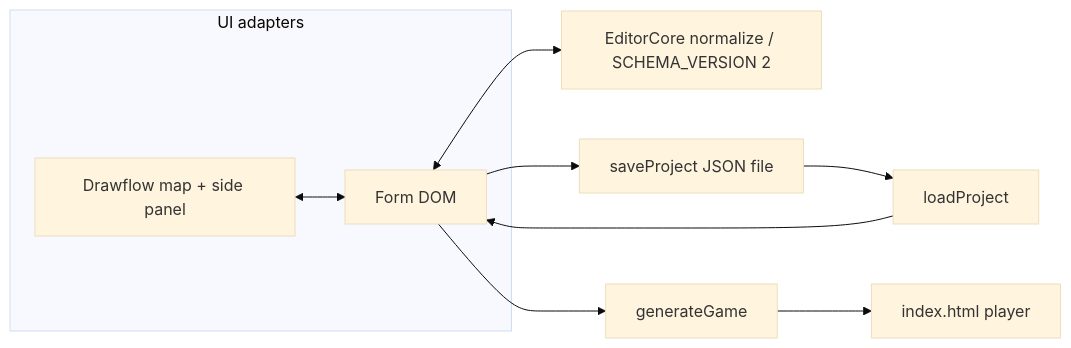
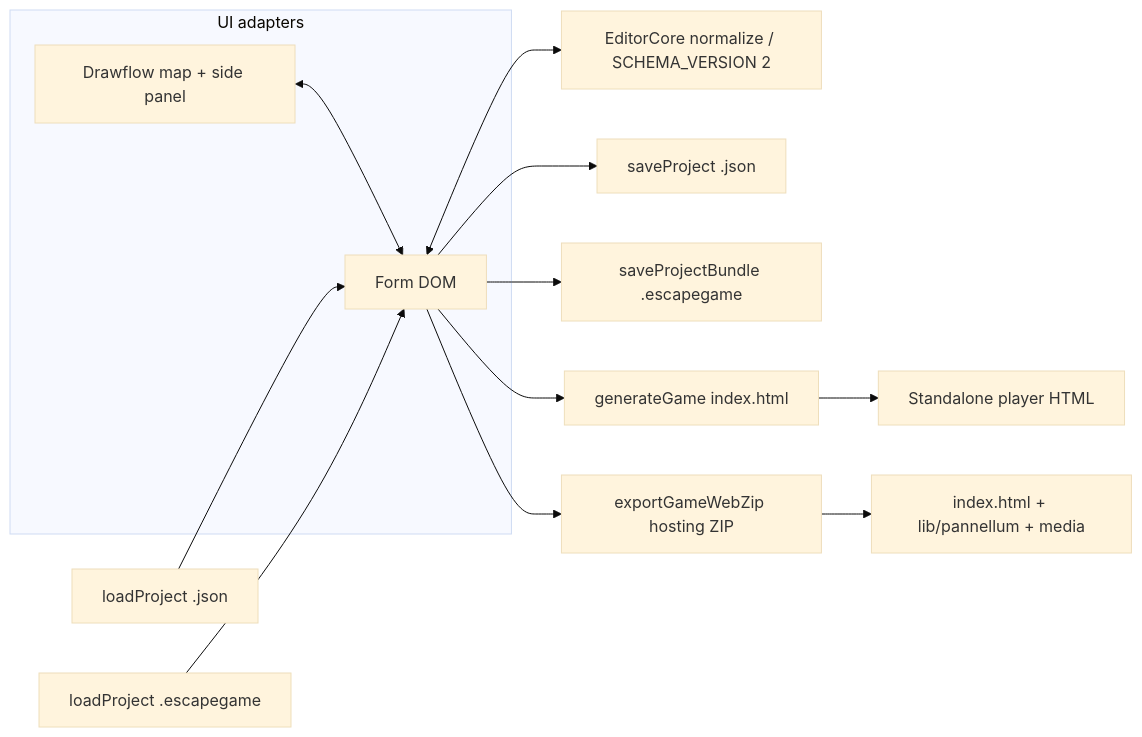
The first of 4 diagrams in docs/ARCHITECTURE.md (MentisVidus/escape-game-360-maker), drawn with Mermaid (base theme) before and after one commit. The commit also changed other lines of this file, not shown here.

First line of the commit message:
docs(architecture): update Mermaid flows for JSON/bundle/export pipelines

````diff
--- a/docs/ARCHITECTURE.md
+++ b/docs/ARCHITECTURE.md
@@ -39,15 +39,20 @@
 ```mermaid
 flowchart LR
   subgraph adapters [UI adapters]
     F[Form DOM]
     M[Drawflow map + side panel]
   end
   EC[EditorCore normalize / SCHEMA_VERSION 2]
   F <--> EC
   M <--> F
-  F --> S[saveProject JSON file]
-  S --> L[loadProject]
-  L --> F
-  F --> G[generateGame]
-  G --> P[index.html player]
+
+  F --> SJ[saveProject .json]
+  F --> SB[saveProjectBundle .escapegame]
+  LJ[loadProject .json] --> F
+  LB[loadProject .escapegame] --> F
+
+  F --> GH[generateGame index.html]
+  F --> GZ[exportGameWebZip hosting ZIP]
+  GH --> P1[Standalone player HTML]
+  GZ --> P2[index.html + lib/pannellum + media]
 ```
````
